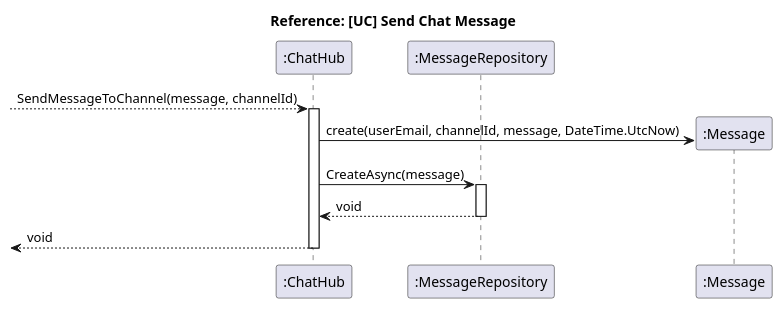
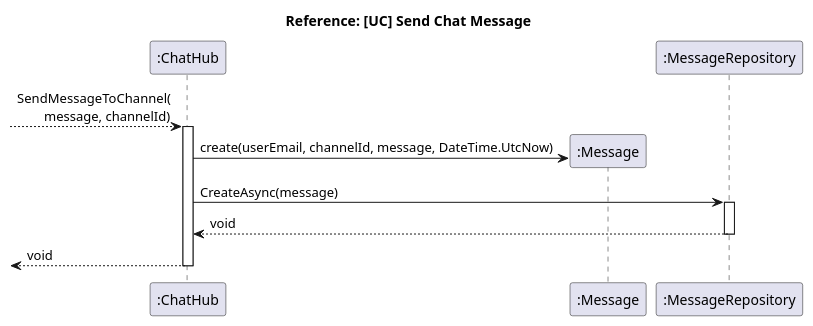
Before and after one commit to Singh-Kiran-P/StuNet: the diagram in Diagrams/Sequence_Diagrams/send_chat_message.puml, drawn with PlantUML. The commit also changed 6 other files, not shown here.

Commit message:
docs: Move participants in /Sequence_Diagrams

```diff
--- a/Diagrams/Sequence_Diagrams/send_chat_message.puml
+++ b/Diagrams/Sequence_Diagrams/send_chat_message.puml
@@ -1,23 +1,23 @@
 @startuml Send chat message
 
 title Reference: [UC] Send Chat Message
 
 participant ":ChatHub" as hub
+participant ":Message" as message
 participant ":MessageRepository" as repository
-participant ":Message" as message
 
---> hub : SendMessageToChannel(message, channelId)
+--> hub : SendMessageToChannel(\n\tmessage, channelId)
 activate hub
 
 hub -> message ** : create(userEmail, channelId, message, DateTime.UtcNow)
 
 hub -> repository: CreateAsync(message)
 activate repository
 repository --> hub: void
 deactivate repository
 
 <-- hub: void
 
 deactivate hub
 
 @enduml
```
